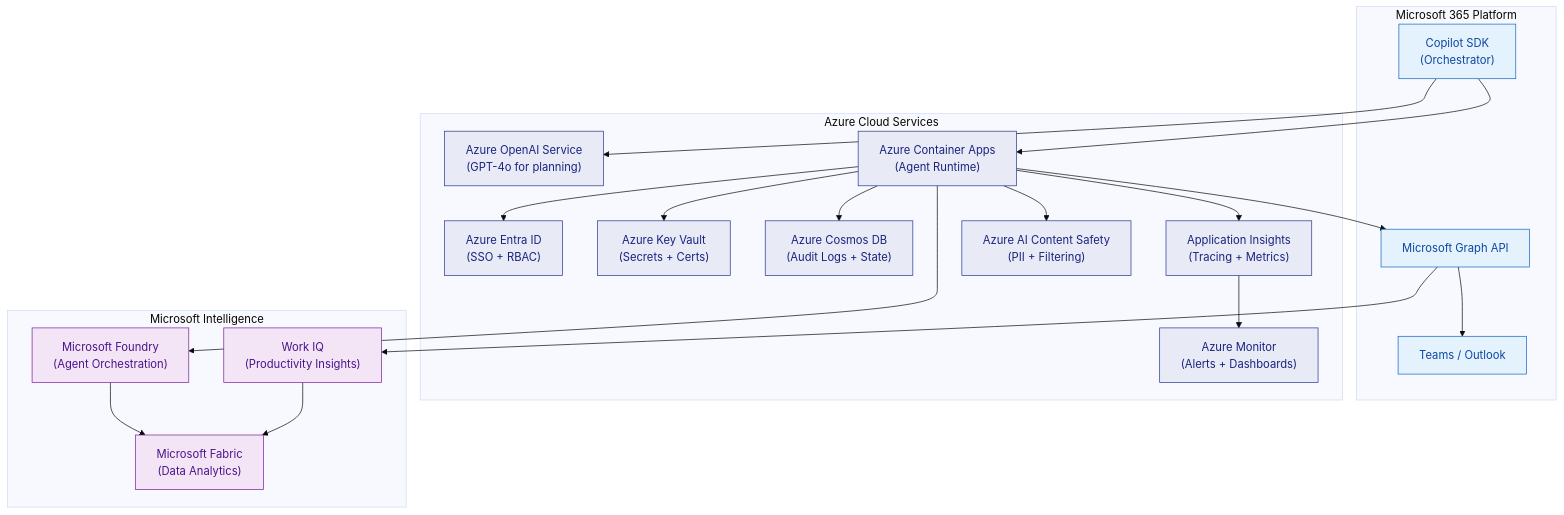
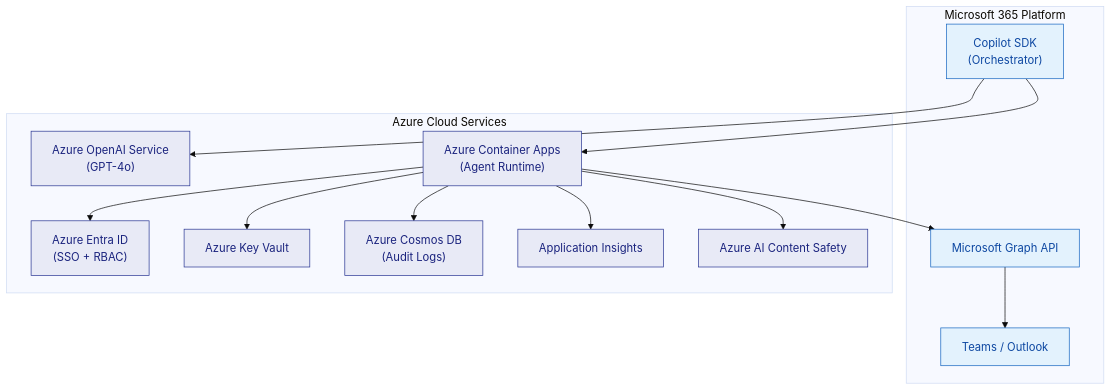
The diagram in README.md (yjcmsft/Secure-Enterprise-Browser-Agentic-System), drawn with Mermaid (base theme) before and after one commit. The commit also changed other lines of this file and 22 other files, not shown here.

````diff
--- a/README.md
+++ b/README.md
@@ -119,48 +116,34 @@
 ```mermaid
 flowchart TB
     subgraph M365["Microsoft 365 Platform"]
         CopilotSDK["Copilot SDK\n(Orchestrator)"]
         Teams["Teams / Outlook"]
         Graph["Microsoft Graph API"]
     end
 
     subgraph Azure["Azure Cloud Services"]
-        AOAI["Azure OpenAI Service\n(GPT-4o for planning)"]
+        AOAI["Azure OpenAI Service\n(GPT-4o)"]
         EntraID["Azure Entra ID\n(SSO + RBAC)"]
         ContainerApps["Azure Container Apps\n(Agent Runtime)"]
-        KeyVault["Azure Key Vault\n(Secrets + Certs)"]
-        CosmosDB["Azure Cosmos DB\n(Audit Logs + State)"]
-        AppInsights["Application Insights\n(Tracing + Metrics)"]
-        AzMonitor["Azure Monitor\n(Alerts + Dashboards)"]
-        ContentSafety["Azure AI Content Safety\n(PII + Filtering)"]
-    end
-
-    subgraph Intelligence["Microsoft Intelligence"]
-        Foundry["Microsoft Foundry\n(Agent Orchestration)"]
-        Fabric["Microsoft Fabric\n(Data Analytics)"]
-        WorkIQ["Work IQ\n(Productivity Insights)"]
+        KeyVault["Azure Key Vault"]
+        CosmosDB["Azure Cosmos DB\n(Audit Logs)"]
+        AppInsights["Application Insights"]
+        ContentSafety["Azure AI Content Safety"]
     end
 
     CopilotSDK --> AOAI
     CopilotSDK --> ContainerApps
     ContainerApps --> EntraID
     ContainerApps --> KeyVault
     ContainerApps --> CosmosDB
     ContainerApps --> AppInsights
-    AppInsights --> AzMonitor
     ContainerApps --> ContentSafety
     ContainerApps --> Graph
     Graph --> Teams
-    ContainerApps --> Foundry
-    Foundry --> Fabric
-    Graph --> WorkIQ
-    WorkIQ --> Fabric
 
     classDef m365 fill:#E3F2FD,stroke:#1565C0,color:#0D47A1
     classDef azure fill:#E8EAF6,stroke:#283593,color:#1A237E
-    classDef intel fill:#F3E5F5,stroke:#7B1FA2,color:#4A148C
 
     class CopilotSDK,Teams,Graph m365
-    class AOAI,EntraID,ContainerApps,KeyVault,CosmosDB,AppInsights,AzMonitor,ContentSafety azure
-    class Foundry,Fabric,WorkIQ intel
+    class AOAI,EntraID,ContainerApps,KeyVault,CosmosDB,AppInsights,ContentSafety azure
 ```
````
